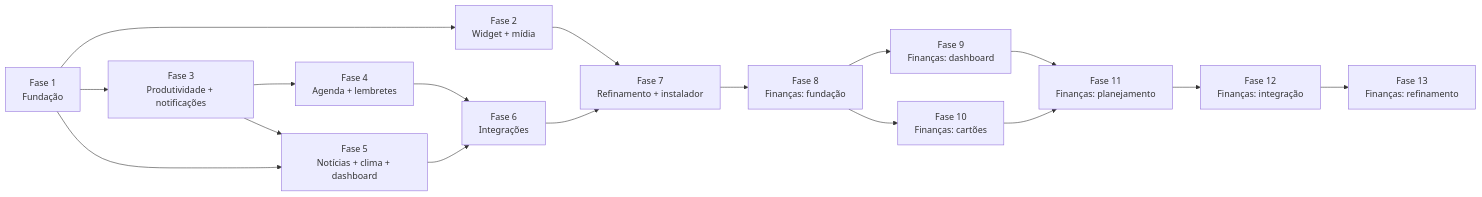
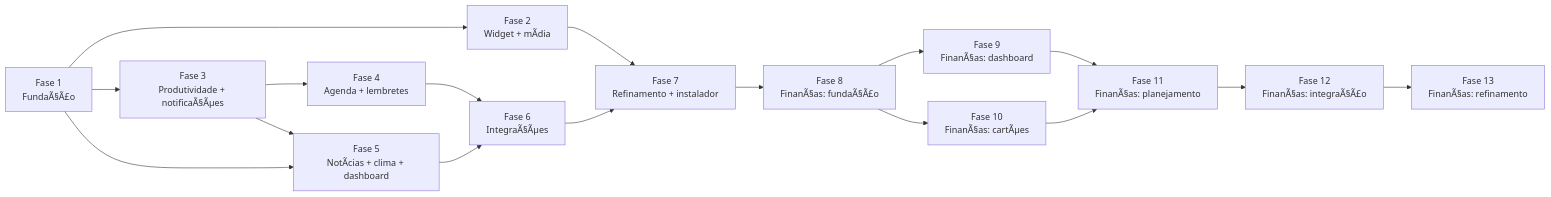
One commit to filipimantelato/diaryGhost changed the diagram in ROADMAP.md. Above: the diagram before and after it, drawn with Mermaid. The commit also changed other lines of this file and 16 other files, not shown here.

First line of the commit message:
Fase 9: dashboard financeiro (visão geral, gráficos e comparação mensal)

````diff
--- a/ROADMAP.md
+++ b/ROADMAP.md
@@ -7,19 +7,19 @@
 ```mermaid
 flowchart LR
-  F1[Fase 1<br/>Fundação] --> F2[Fase 2<br/>Widget + mídia]
-  F1 --> F3[Fase 3<br/>Produtividade + notificações]
+  F1[Fase 1<br/>FundaÃ§Ã£o] --> F2[Fase 2<br/>Widget + mÃ­dia]
+  F1 --> F3[Fase 3<br/>Produtividade + notificaÃ§Ãµes]
   F3 --> F4[Fase 4<br/>Agenda + lembretes]
-  F1 --> F5[Fase 5<br/>Notícias + clima + dashboard]
+  F1 --> F5[Fase 5<br/>NotÃ­cias + clima + dashboard]
   F3 --> F5
-  F4 --> F6[Fase 6<br/>Integrações]
+  F4 --> F6[Fase 6<br/>IntegraÃ§Ãµes]
   F5 --> F6
   F2 --> F7[Fase 7<br/>Refinamento + instalador]
   F6 --> F7
-  F7 --> F8[Fase 8<br/>Finanças: fundação]
-  F8 --> F9[Fase 9<br/>Finanças: dashboard]
-  F8 --> F10[Fase 10<br/>Finanças: cartões]
-  F9 --> F11[Fase 11<br/>Finanças: planejamento]
+  F7 --> F8[Fase 8<br/>FinanÃ§as: fundaÃ§Ã£o]
+  F8 --> F9[Fase 9<br/>FinanÃ§as: dashboard]
+  F8 --> F10[Fase 10<br/>FinanÃ§as: cartÃµes]
+  F9 --> F11[Fase 11<br/>FinanÃ§as: planejamento]
   F10 --> F11
-  F11 --> F12[Fase 12<br/>Finanças: integração]
-  F12 --> F13[Fase 13<br/>Finanças: refinamento]
+  F11 --> F12[Fase 12<br/>FinanÃ§as: integraÃ§Ã£o]
+  F12 --> F13[Fase 13<br/>FinanÃ§as: refinamento]
 ```
````
